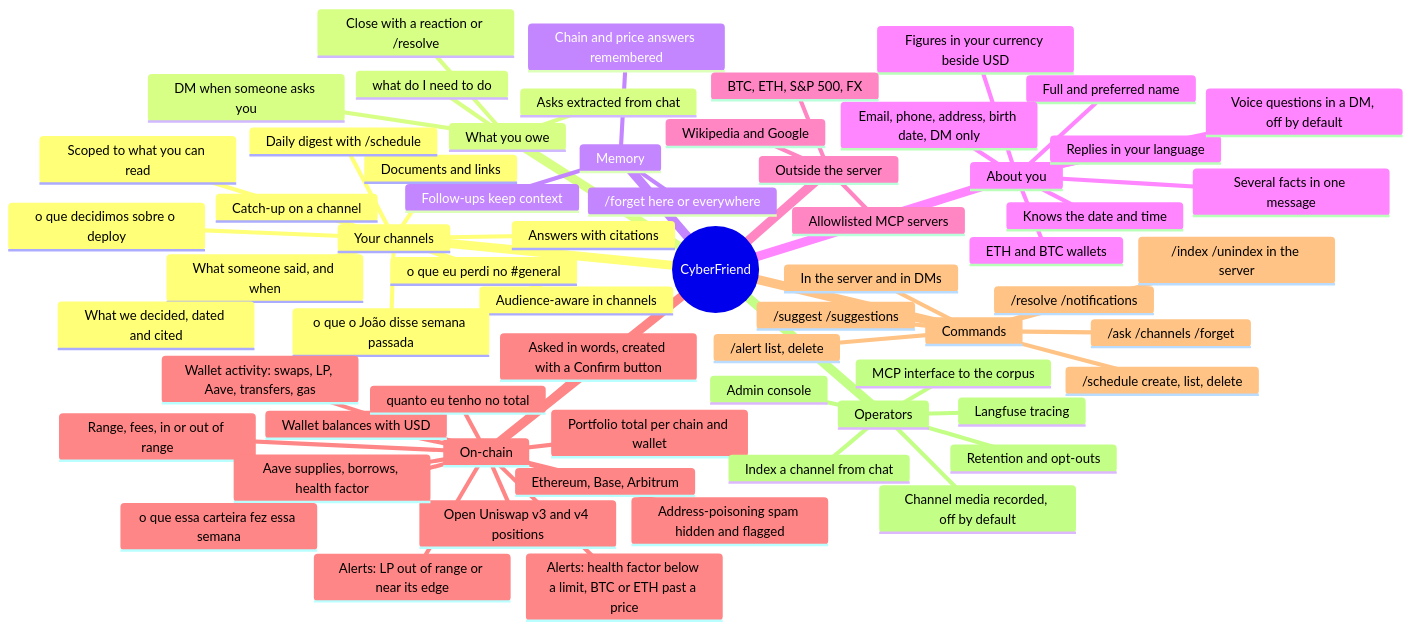
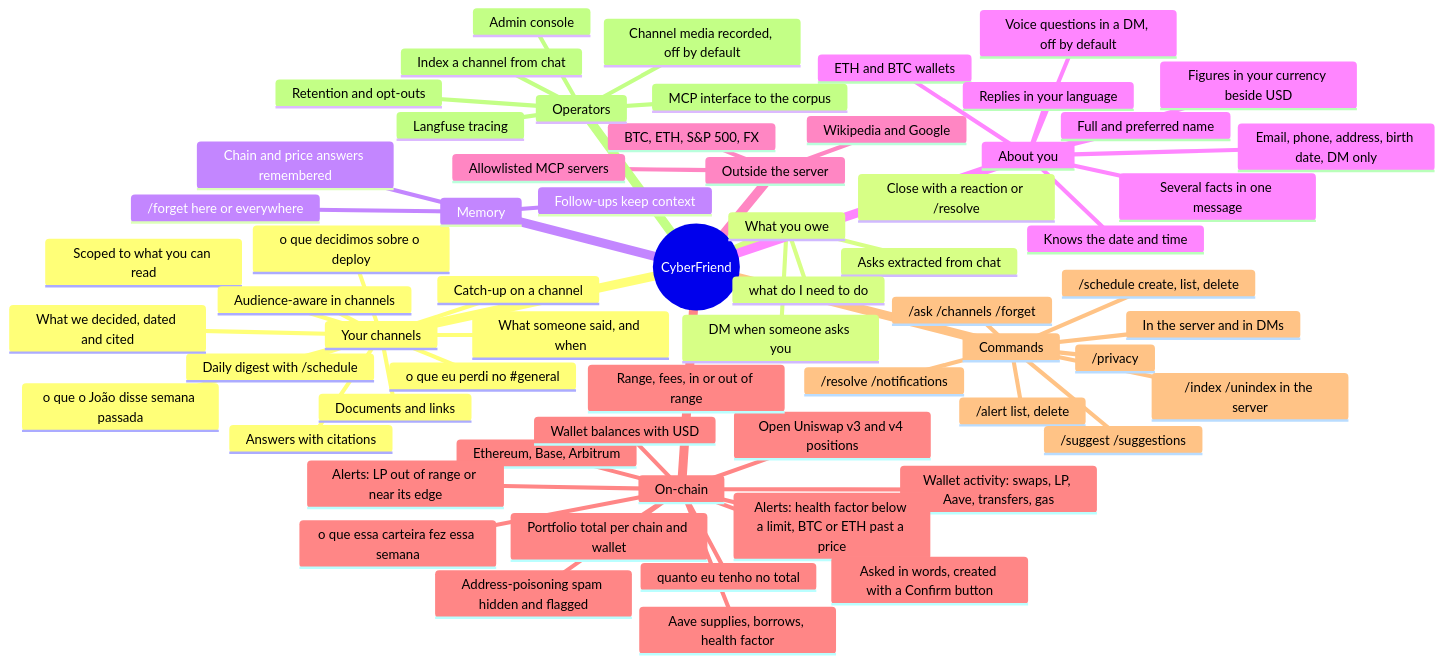
The first of 4 diagrams in README.md (CyberdyneCorp/CyberFriend), drawn with Mermaid before and after one commit. The commit also changed other lines of this file and 25 other files, not shown here.

````diff
--- a/README.md
+++ b/README.md
@@ -48,67 +49,68 @@
 ```mermaid
 mindmap
   root((CyberFriend))
     Your channels
       Answers with citations
       Scoped to what you can read
       Audience-aware in channels
       Documents and links
       Catch-up on a channel
       o que eu perdi no #general
       Daily digest with /schedule
       What someone said, and when
       o que o João disse semana passada
       What we decided, dated and cited
       o que decidimos sobre o deploy
     What you owe
       Asks extracted from chat
       what do I need to do
       Close with a reaction or /resolve
       DM when someone asks you
     Memory
       Follow-ups keep context
       Chain and price answers remembered
       /forget here or everywhere
     About you
       Full and preferred name
       Email, phone, address, birth date, DM only
       ETH and BTC wallets
       Several facts in one message
       Replies in your language
       Figures in your currency beside USD
       Knows the date and time
       Voice questions in a DM, off by default
     Outside the server
       Wikipedia and Google
       Allowlisted MCP servers
       BTC, ETH, S&P 500, FX
     On-chain
       Ethereum, Base, Arbitrum
       Wallet balances with USD
       Open Uniswap v3 and v4 positions
       Range, fees, in or out of range
       Aave supplies, borrows, health factor
       Portfolio total per chain and wallet
       quanto eu tenho no total
       Wallet activity: swaps, LP, Aave, transfers, gas
       o que essa carteira fez essa semana
       Address-poisoning spam hidden and flagged
       Alerts: LP out of range or near its edge
       Alerts: health factor below a limit, BTC or ETH past a price
       Asked in words, created with a Confirm button
     Commands
       /ask /channels /forget
       /resolve /notifications
       /schedule create, list, delete
       /alert list, delete
       /suggest /suggestions
+      /privacy
       In the server and in DMs
       /index /unindex in the server
     Operators
       Index a channel from chat
       Admin console
       MCP interface to the corpus
       Langfuse tracing
       Retention and opt-outs
       Channel media recorded, off by default
 ```
````
